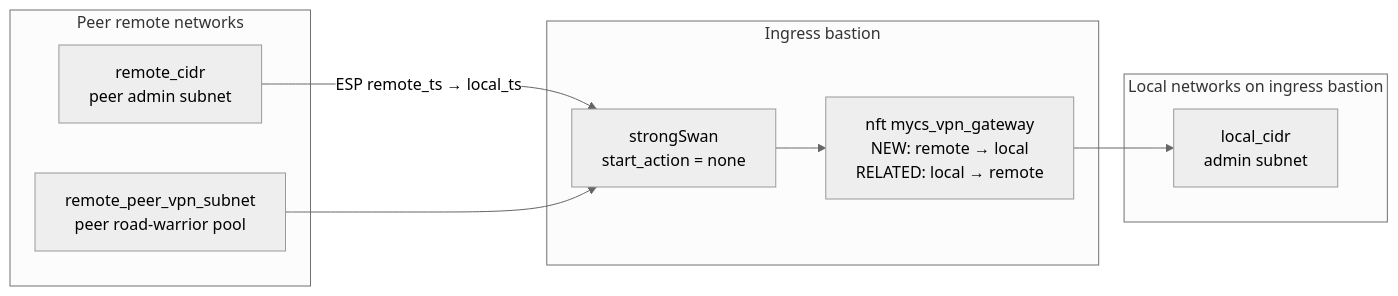
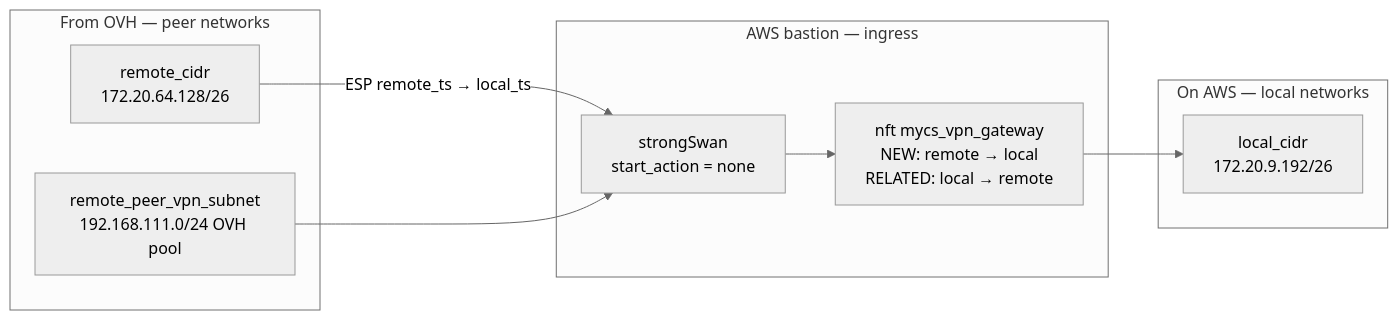
The sixth of 10 diagrams in image/docs/vpn-gateway-design.md (novassist-ai/mycs-node), drawn with Mermaid (neutral theme) before and after one commit. The commit also changed other lines of this file, not shown here.

````diff
--- a/image/docs/vpn-gateway-design.md
+++ b/image/docs/vpn-gateway-design.md
@@ -316,21 +370,21 @@
 ```mermaid
 flowchart LR
-  subgraph remote [Peer remote networks]
-    RLAN[remote_cidr<br/>peer admin subnet]
-    RRW[remote_peer_vpn_subnet<br/>peer road-warrior pool]
+  subgraph remote [From OVH — peer networks]
+    RLAN[remote_cidr<br/>172.20.64.128/26]
+    RRW[remote_peer_vpn_subnet<br/>192.168.111.0/24 OVH pool]
   end
 
-  subgraph bastion [Ingress bastion]
+  subgraph bastion [AWS bastion — ingress]
     SS[strongSwan<br/>start_action = none]
     NFT[nft mycs_vpn_gateway<br/>NEW: remote → local<br/>RELATED: local → remote]
   end
 
-  subgraph local [Local networks on ingress bastion]
-    LAN[local_cidr<br/>admin subnet]
+  subgraph local [On AWS — local networks]
+    LAN[local_cidr<br/>172.20.9.192/26]
   end
 
   RLAN -->|ESP remote_ts → local_ts| SS
   RRW --> SS
   SS --> NFT
   NFT --> LAN
 ```
````
